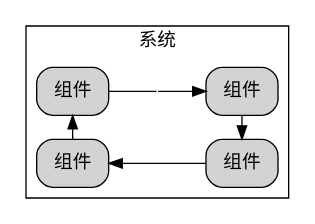
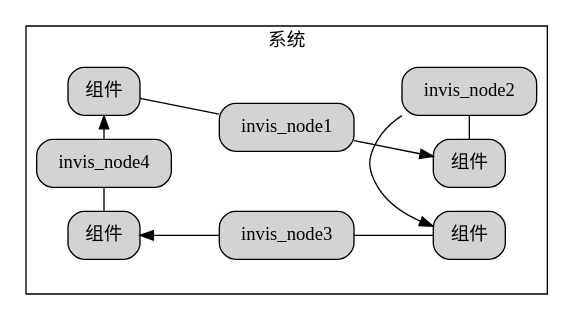
The diagram in parts/definition1.dot (chaozhang2000/soa), drawn with Graphviz before and after one commit. The commit also changed 2 other files, not shown here.

```diff
--- a/parts/definition1.dot
+++ b/parts/definition1.dot
@@ -1,49 +1,53 @@
 digraph G {
   graph [rankdir=LR,compound=true];
   node [shape=box, style="rounded,filled"];
   
   subgraph cluster_MOSA_benefits{
     label="系统"
     node1[label="组件"]
     node2[label="组件"] 
     node3[label="组件"]
     node4[label="组件"]
     
     // 创建不可见节点
     invis_node [shape=point, width=0, height=0, label=""]
     
     // 重新连接节点，在node1和node2之间插入不可见节点
-    node1 -> invis_node [dir=none]  // dir=none 表示没有箭头
-    invis_node -> node2
+    node1 -> invis_node1 [dir=none]  // dir=none 表示没有箭头
+    invis_node1 -> node2
     
-    node2 -> node3
-    node3 -> node4
-    node4 -> node1
+    node2 -> invis_node2 [dir=none]  // dir=none 表示没有箭头node3^
+    invis_node2->node3	
+    node3 -> invis_node3[dir=none]
+    invis_node3->node4	
+    node4 -> invis_node4[dir=none]
+    invis_node4 ->node1
     
-    {rank=same;node1;node4}
-    {rank=same;node2;node3}
+    {rank=same;node1;node4;invis_node4}
+    {rank=same;node2;node3;invis_node2}
+    {rank=same;invis_node1;invis_node3}
   }
   
   // 示例：如何连接到隐藏节点
   // external_node -> invis_node
 }
 /*
 digraph G {
   graph [rankdir=LR,compound=true];
   node [shape=box, style="rounded,filled"];
 subgraph cluster_MOSA_benefits{
 	label="系统"
 	node1[label="组件"]
 	node2[label="组件"]
 	node3[label="组件"]
 	node4[label="组件"]
 	node1 -> node2
 	node2->node3
 	node3 ->node4
 	node4 -> node1
 	{rank=same;node1;node4}
 	{rank=same;node2;node3}
 }
 TA[label="开放架构(技术架构)"]
 }
 */
```
